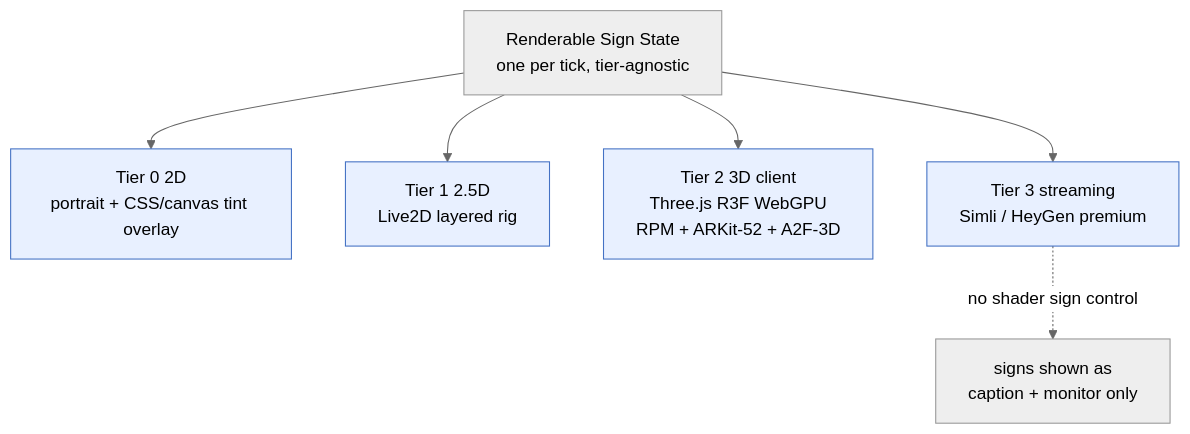
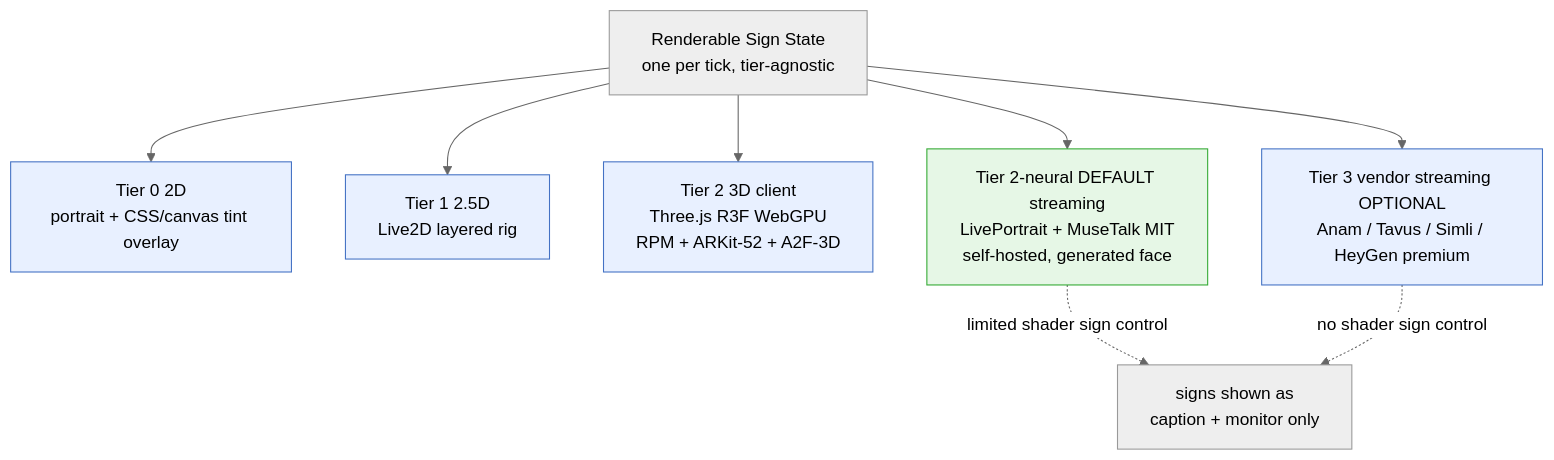
One commit to ArioMoniri/acudx-simulation changed the second of 2 diagrams in docs/architecture/04-avatar-and-vitals-engine.md. Above: the diagram before and after it, drawn with Mermaid (neutral theme). The commit also changed other lines of this file and 5 other files, not shown here.

````diff
--- a/docs/architecture/04-avatar-and-vitals-engine.md
+++ b/docs/architecture/04-avatar-and-vitals-engine.md
@@ -232,10 +232,14 @@
 ```mermaid
 flowchart TD
   RS[Renderable Sign State<br/>one per tick, tier-agnostic] --> T0[Tier 0 2D<br/>portrait + CSS/canvas tint overlay]
   RS --> T1[Tier 1 2.5D<br/>Live2D layered rig]
   RS --> T2[Tier 2 3D client<br/>Three.js R3F WebGPU<br/>RPM + ARKit-52 + A2F-3D]
-  RS --> T3[Tier 3 streaming<br/>Simli / HeyGen premium]
+  RS --> T2N[Tier 2-neural DEFAULT streaming<br/>LivePortrait + MuseTalk MIT<br/>self-hosted, generated face]
+  RS --> T3[Tier 3 vendor streaming OPTIONAL<br/>Anam / Tavus / Simli / HeyGen premium]
+  T2N -.limited shader sign control.-> WARN
   T3 -.no shader sign control.-> WARN[signs shown as<br/>caption + monitor only]
   classDef tier fill:#e8f0ff,stroke:#4472c4;
+  classDef def fill:#e6f7e6,stroke:#3a3;
   class T0,T1,T2,T3 tier;
+  class T2N def;
 ```
````
